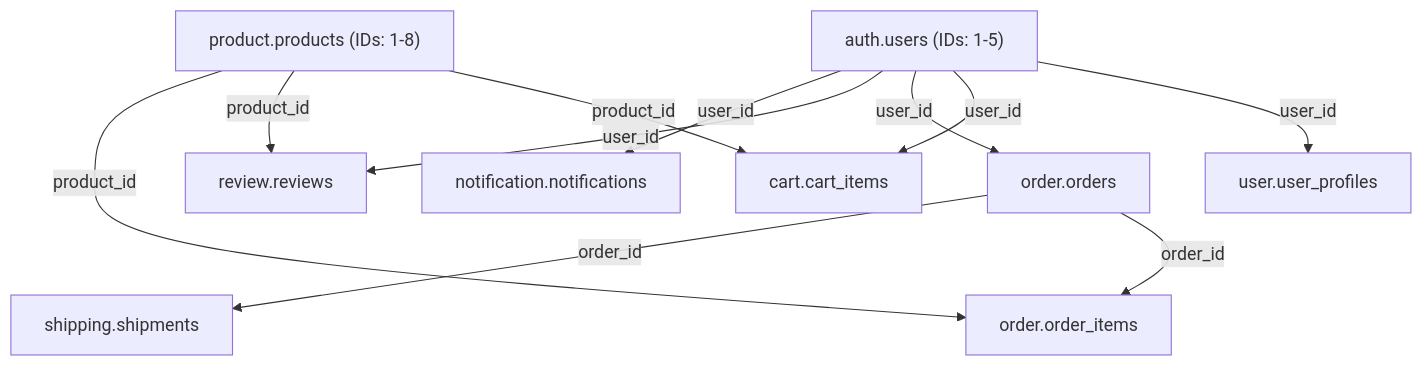
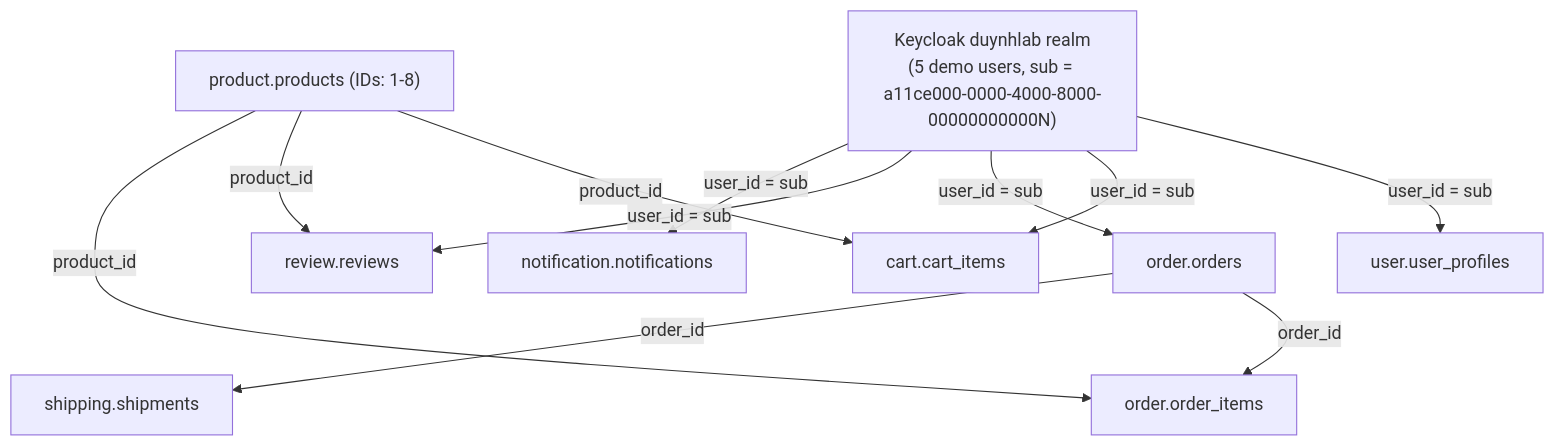
The diagram in docs/platform/setup.md (duynhlab/homelab), drawn with Mermaid before and after one commit. The commit also changed other lines of this file and 11 other files, not shown here.

````diff
--- a/docs/platform/setup.md
+++ b/docs/platform/setup.md
@@ -258,29 +261,29 @@
 ```mermaid
 flowchart TD
-    AuthUsers["auth.users (IDs: 1-5)"]
+    RealmUsers["Keycloak duynhlab realm<br/>(5 demo users, sub = a11ce000-0000-4000-8000-00000000000N)"]
     ProductProducts["product.products (IDs: 1-8)"]
 
     UserProfiles["user.user_profiles"]
     CartItems["cart.cart_items"]
     Orders["order.orders"]
     Reviews["review.reviews"]
     Notifications["notification.notifications"]
 
     OrderItems["order.order_items"]
     Shipments["shipping.shipments"]
 
-    %% Top-down: sources -> consumers
-    AuthUsers -->|user_id| UserProfiles
-    AuthUsers -->|user_id| CartItems
-    AuthUsers -->|user_id| Orders
-    AuthUsers -->|user_id| Reviews
-    AuthUsers -->|user_id| Notifications
+    %% Top-down: sources -> consumers (services store the realm sub as string user_id)
+    RealmUsers -->|user_id = sub| UserProfiles
+    RealmUsers -->|user_id = sub| CartItems
+    RealmUsers -->|user_id = sub| Orders
+    RealmUsers -->|user_id = sub| Reviews
+    RealmUsers -->|user_id = sub| Notifications
 
     ProductProducts -->|product_id| CartItems
     ProductProducts -->|product_id| Reviews
     ProductProducts -->|product_id| OrderItems
 
     %% Orders -> downstream relations
     Orders -->|order_id| OrderItems
     Orders -->|order_id| Shipments
 ```
````
